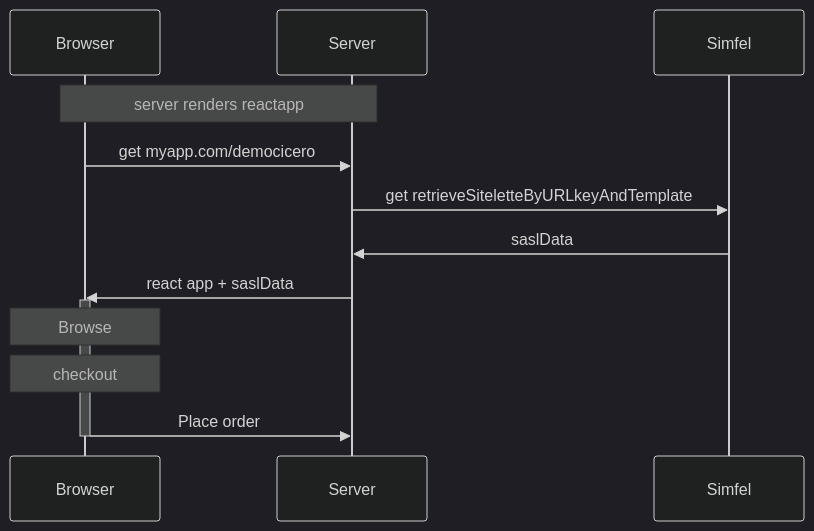
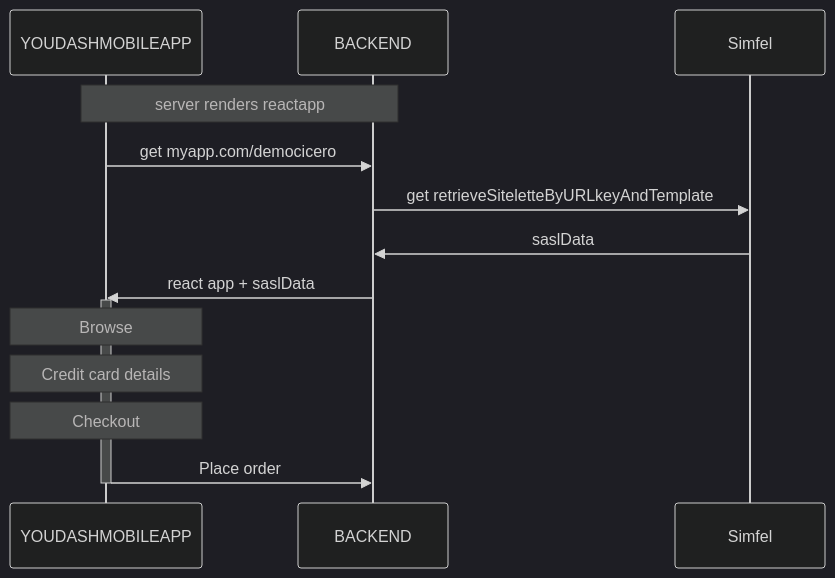
One commit to weisk/diagrams-showcase changed the diagram in diag-checkout-process.md. Above: the diagram before and after it, drawn with Mermaid (dark theme). The commit also changed 1 other file, not shown here.

Commit message:
Update ux-flow-tsys.md, diag-checkout-process.md files

````diff
--- a/diag-checkout-process.md
+++ b/diag-checkout-process.md
@@ -3,21 +3,22 @@
 ```mermaid
 sequenceDiagram
-  participant cli as Browser
-  participant srv as Server
+  participant cli as YOUDASHMOBILEAPP
+  participant srv as BACKEND
   participant data as Simfel
 
   Note over cli,srv: server renders reactapp
 
   cli ->> srv: get myapp.com/democicero
   srv ->> data: get retrieveSiteletteByURLkeyAndTemplate
   data ->> srv: saslData
   srv ->> cli: react app + saslData
   
   activate cli
   Note over cli: Browse
-  Note over cli: checkout
+  Note over cli: Credit card details
+  Note over cli: Checkout
   cli ->> srv: Place order
   deactivate cli
 
   
 ```
````
